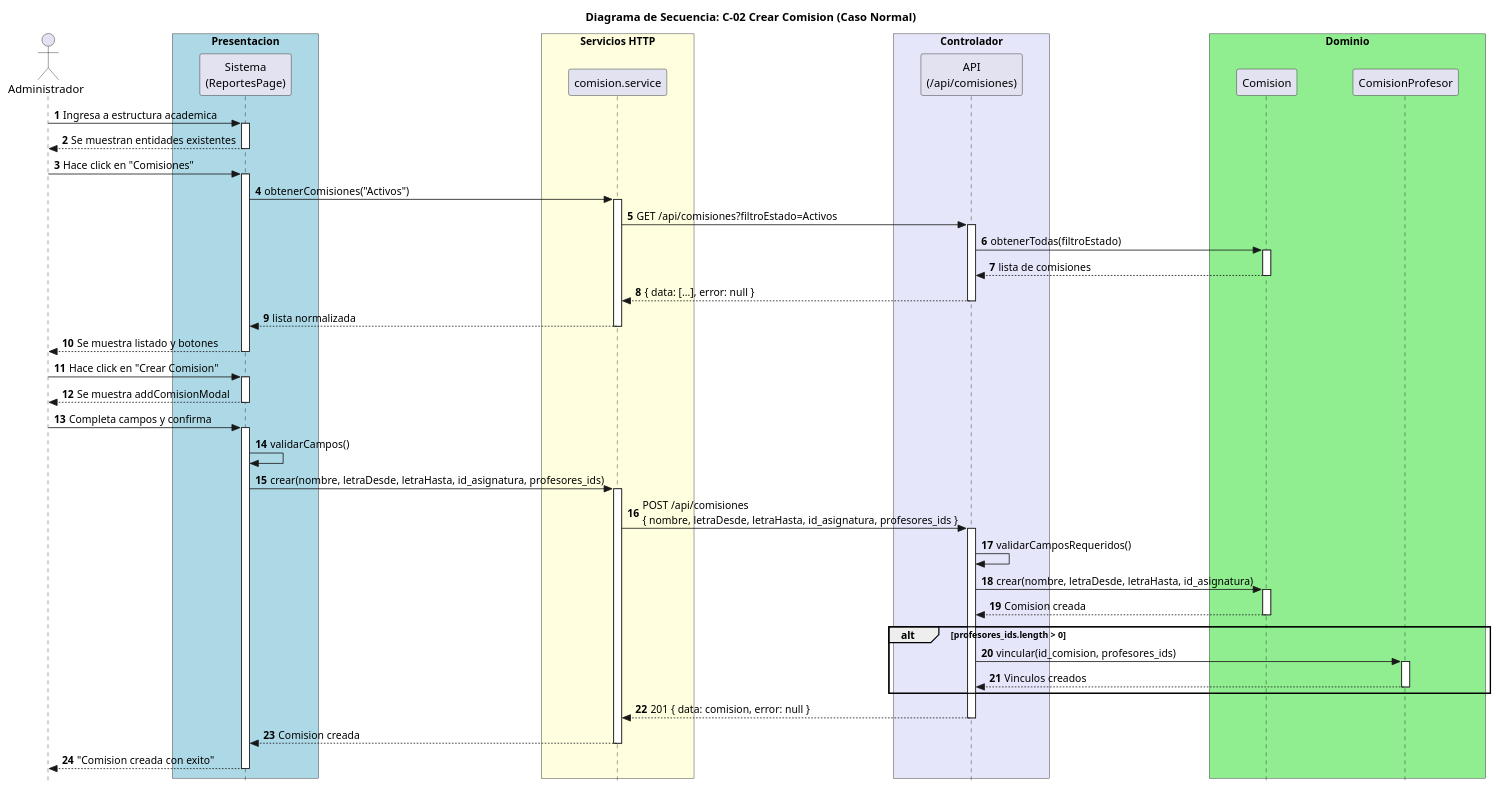
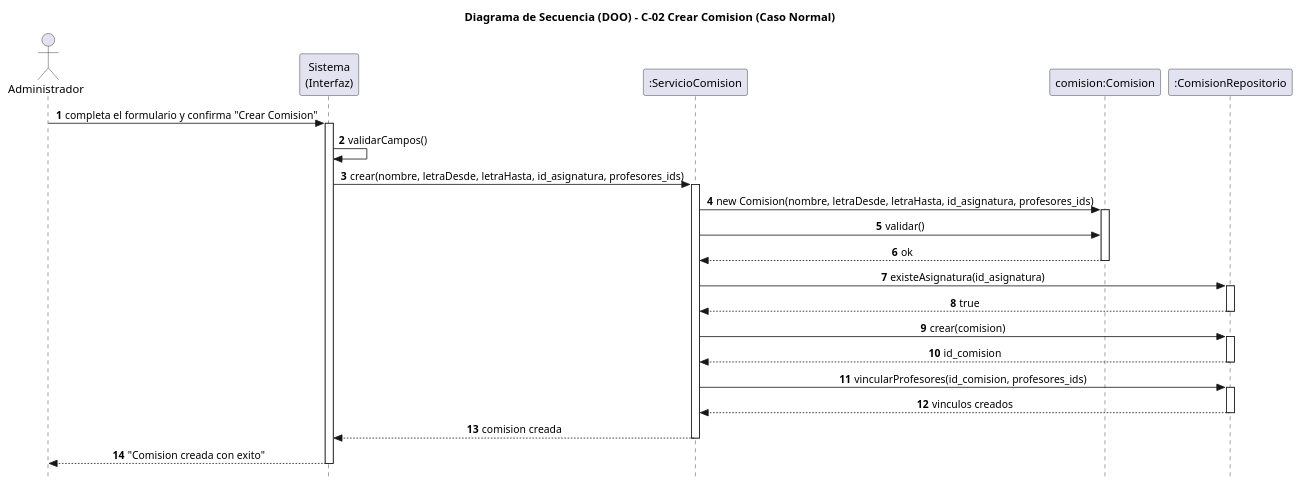
Before and after one commit to SantiagoScetti/sic-unne-admin: the diagram in docs/puml/actualizacion_claude/C-02 Crear Comision (Caso Normal).puml, drawn with PlantUML. The commit also changed 49 other files, not shown here.

Commit message:
Código: un solo patrón (Estado), legacy borrado, 38 tests pasando. Diagramas de secuencia DOO + trazabilidad, diagrama de clases con recuadro, mapa del repo, README de tests

```diff
--- a/docs/puml/actualizacion_claude/C-02 Crear Comision (Caso Normal).puml
+++ b/docs/puml/actualizacion_claude/C-02 Crear Comision (Caso Normal).puml
@@ -1,89 +1,53 @@
 @startuml
+title Diagrama de Secuencia (DOO) - C-02 Crear Comision (Caso Normal)
 
-title Diagrama de Secuencia: C-02 Crear Comision (Caso Normal)
+' La Interfaz valida los campos del formulario (llamada interna: validarCampos()).
+' El ServicioComision orquesta: delega la validacion de negocio en la entidad
+' Comision y la persistencia en el repositorio.
 
 skinparam style strictuml
-skinparam ParticipantPadding 30
-skinparam BoxPadding 12
-
+skinparam sequenceMessageAlign center
+hide footbox
 autonumber
 
-actor Administrador
+actor Administrador as Admin
 
-box "Presentacion" #LightBlue
-  participant "Sistema\n(ReportesPage)" as Interfaz
-end box
+participant "Sistema\n(Interfaz)"        as UI
+participant ":ServicioComision"          as Serv
+participant "comision:Comision"          as Com
+participant ":ComisionRepositorio"       as Repo
 
-box "Servicios HTTP" #LightYellow
-  participant "comision.service" as Service
-end box
+Admin -> UI : completa el formulario y confirma "Crear Comision"
+activate UI
+UI -> UI : validarCampos()
 
-box "Controlador" #Lavender
-  participant "API\n(/api/comisiones)" as API
-end box
+UI -> Serv : crear(nombre, letraDesde, letraHasta, id_asignatura, profesores_ids)
+activate Serv
 
-box "Dominio" #LightGreen
-  participant "Comision"         as Comision
-  participant "ComisionProfesor" as ComisionProfesor
-end box
+Serv -> Com : new Comision(nombre, letraDesde, letraHasta, id_asignatura, profesores_ids)
+activate Com
+Serv -> Com : validar()
+Com --> Serv : ok
+deactivate Com
 
-Administrador -> Interfaz: Ingresa a estructura academica
-activate Interfaz
-Interfaz --> Administrador: Se muestran entidades existentes
-deactivate Interfaz
+Serv -> Repo : existeAsignatura(id_asignatura)
+activate Repo
+Repo --> Serv : true
+deactivate Repo
 
-Administrador -> Interfaz: Hace click en "Comisiones"
-activate Interfaz
-Interfaz -> Service: obtenerComisiones("Activos")
-activate Service
-Service -> API: GET /api/comisiones?filtroEstado=Activos
-activate API
-API -> Comision: obtenerTodas(filtroEstado)
-activate Comision
-Comision --> API: lista de comisiones
-deactivate Comision
-API --> Service: { data: [...], error: null }
-deactivate API
-Service --> Interfaz: lista normalizada
-deactivate Service
-Interfaz --> Administrador: Se muestra listado y botones
-deactivate Interfaz
+Serv -> Repo : crear(comision)
+activate Repo
+Repo --> Serv : id_comision
+deactivate Repo
 
-Administrador -> Interfaz: Hace click en "Crear Comision"
-activate Interfaz
-Interfaz --> Administrador: Se muestra addComisionModal
-deactivate Interfaz
+Serv -> Repo : vincularProfesores(id_comision, profesores_ids)
+activate Repo
+Repo --> Serv : vinculos creados
+deactivate Repo
 
-Administrador -> Interfaz: Completa campos y confirma
-activate Interfaz
-
-Interfaz -> Interfaz: validarCampos()
-
-Interfaz -> Service: crear(nombre, letraDesde, letraHasta, id_asignatura, profesores_ids)
-activate Service
-Service -> API: POST /api/comisiones\n{ nombre, letraDesde, letraHasta, id_asignatura, profesores_ids }
-activate API
-
-API -> API: validarCamposRequeridos()
-
-API -> Comision: crear(nombre, letraDesde, letraHasta, id_asignatura)
-activate Comision
-Comision --> API: Comision creada
-deactivate Comision
-
-alt profesores_ids.length > 0
-  API -> ComisionProfesor: vincular(id_comision, profesores_ids)
-  activate ComisionProfesor
-  ComisionProfesor --> API: Vinculos creados
-  deactivate ComisionProfesor
-end
-
-API --> Service: 201 { data: comision, error: null }
-deactivate API
-Service --> Interfaz: Comision creada
-deactivate Service
-
-Interfaz --> Administrador: "Comision creada con exito"
-deactivate Interfaz
+Serv --> UI : comision creada
+deactivate Serv
+UI --> Admin : "Comision creada con exito"
+deactivate UI
 
 @enduml
```
